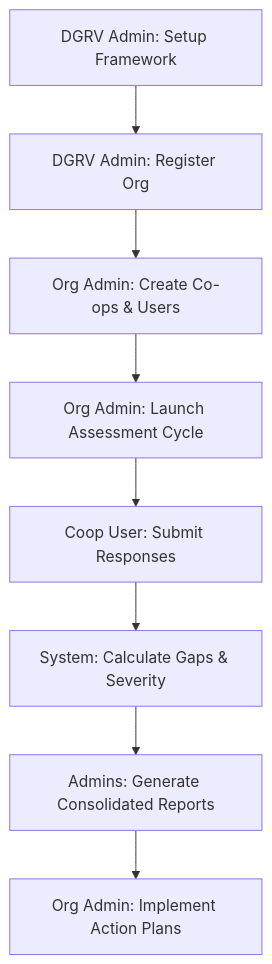
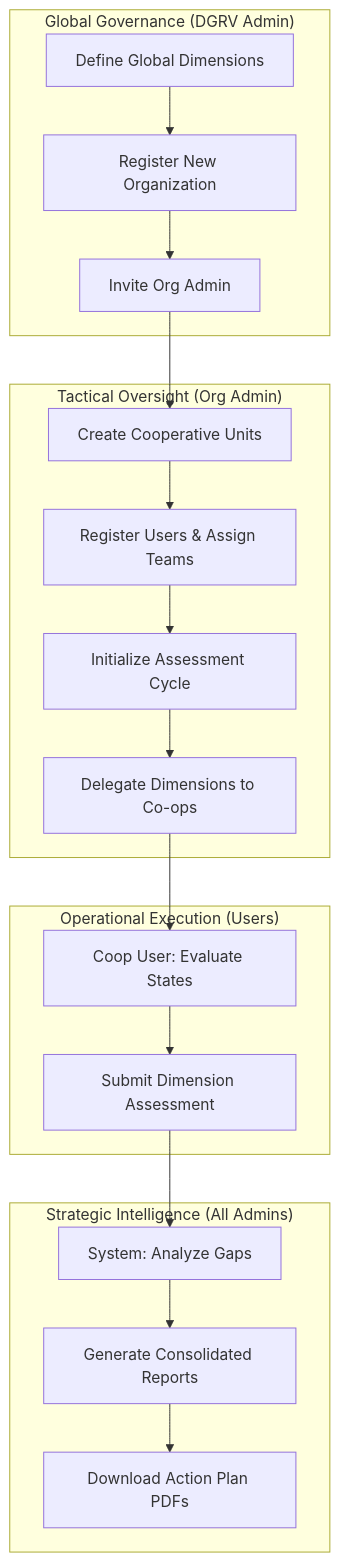
One commit to ADORSYS-GIS/DGRV-digital-gap-tool changed the diagram in doc/USER_MANUAL.md. Above: the diagram before and after it, drawn with Mermaid. The commit also changed other lines of this file and 3 other files, not shown here.

````diff
--- a/doc/USER_MANUAL.md
+++ b/doc/USER_MANUAL.md
@@ -11,10 +64,25 @@
 ```mermaid
 graph TD
-    A[DGRV Admin: Setup Framework] --> B[DGRV Admin: Register Org]
-    B --> C[Org Admin: Create Co-ops & Users]
-    C --> D[Org Admin: Launch Assessment Cycle]
-    D --> E[Coop User: Submit Responses]
-    E --> F[System: Calculate Gaps & Severity]
-    F --> G[Admins: Generate Consolidated Reports]
-    G --> H[Org Admin: Implement Action Plans]
+    subgraph "Global Governance (DGRV Admin)"
+    A[Define Global Dimensions] --> B[Register New Organization]
+    B --> C[Invite Org Admin]
+    end
+
+    subgraph "Tactical Oversight (Org Admin)"
+    C --> D[Create Cooperative Units]
+    D --> E[Register Users & Assign Teams]
+    E --> F[Initialize Assessment Cycle]
+    F --> G[Delegate Dimensions to Co-ops]
+    end
+
+    subgraph "Operational Execution (Users)"
+    G --> H[Coop User: Evaluate States]
+    H --> I[Submit Dimension Assessment]
+    end
+
+    subgraph "Strategic Intelligence (All Admins)"
+    I --> J[System: Analyze Gaps]
+    J --> K[Generate Consolidated Reports]
+    K --> L[Download Action Plan PDFs]
+    end
 ```
````
